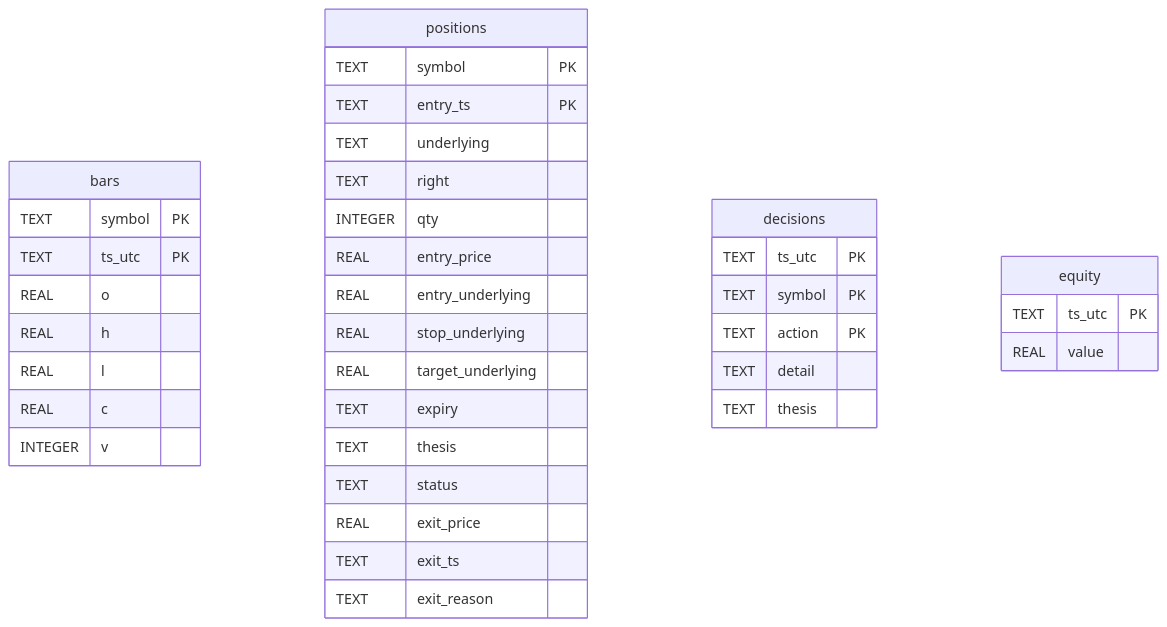
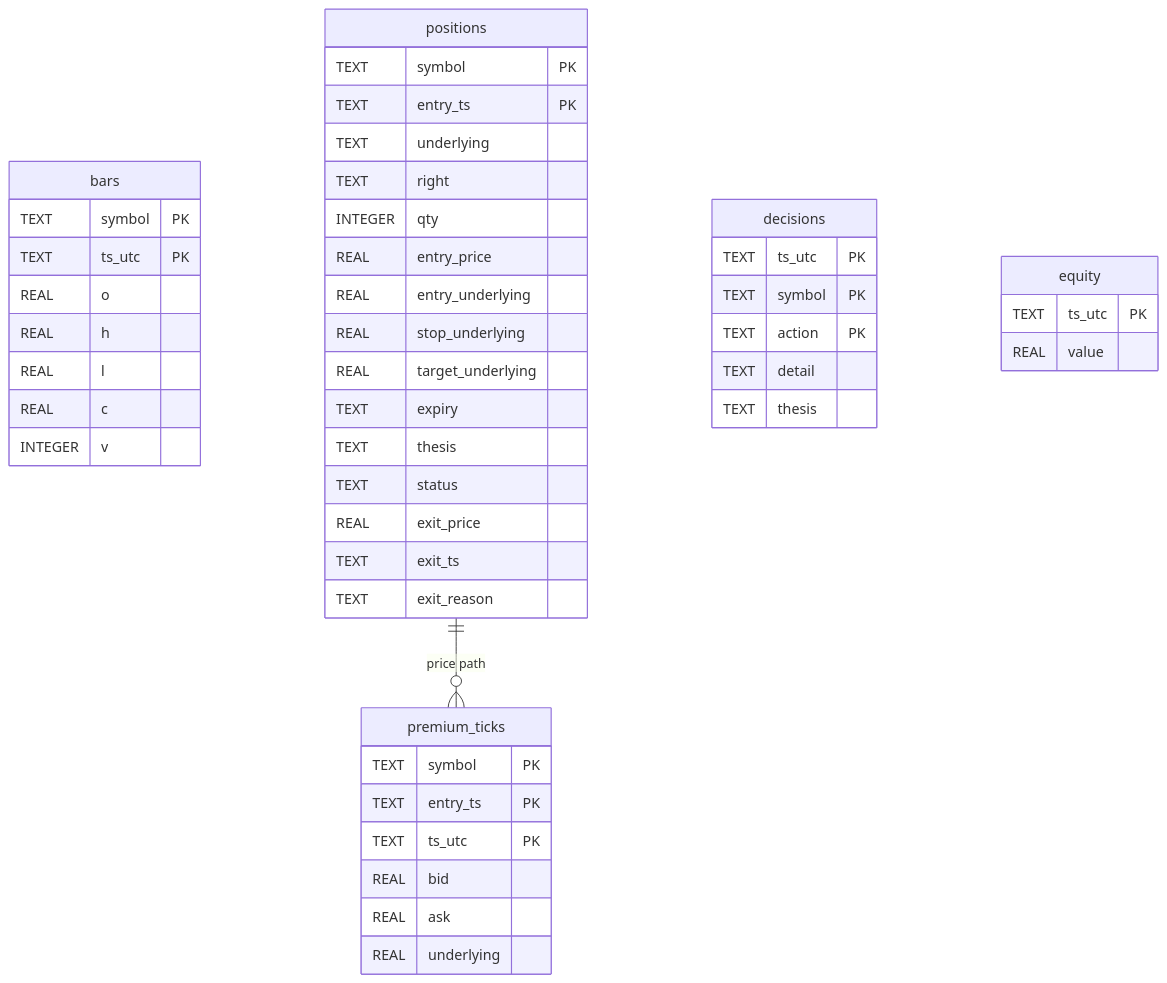
The fourth of 4 diagrams in README.md (himanshu2394i/Alpaca), drawn with Mermaid before and after one commit. The commit also changed other lines of this file and 1 other file, not shown here.

First line of the commit message:
docs: redraw the README diagrams from the code and test them against it

````diff
--- a/README.md
+++ b/README.md
@@ -448,40 +460,49 @@
 ```mermaid
 erDiagram
     bars {
         TEXT symbol PK
         TEXT ts_utc PK
         REAL o
         REAL h
         REAL l
         REAL c
         INTEGER v
     }
     positions {
         TEXT symbol PK
         TEXT entry_ts PK
         TEXT underlying
         TEXT right
         INTEGER qty
         REAL entry_price
         REAL entry_underlying
         REAL stop_underlying
         REAL target_underlying
         TEXT expiry
         TEXT thesis
         TEXT status
         REAL exit_price
         TEXT exit_ts
         TEXT exit_reason
     }
     decisions {
         TEXT ts_utc PK
         TEXT symbol PK
         TEXT action PK
         TEXT detail
         TEXT thesis
     }
     equity {
         TEXT ts_utc PK
         REAL value
     }
+    premium_ticks {
+        TEXT symbol PK
+        TEXT entry_ts PK
+        TEXT ts_utc PK
+        REAL bid
+        REAL ask
+        REAL underlying
+    }
+    positions ||--o{ premium_ticks : "price path"
 ```
````
